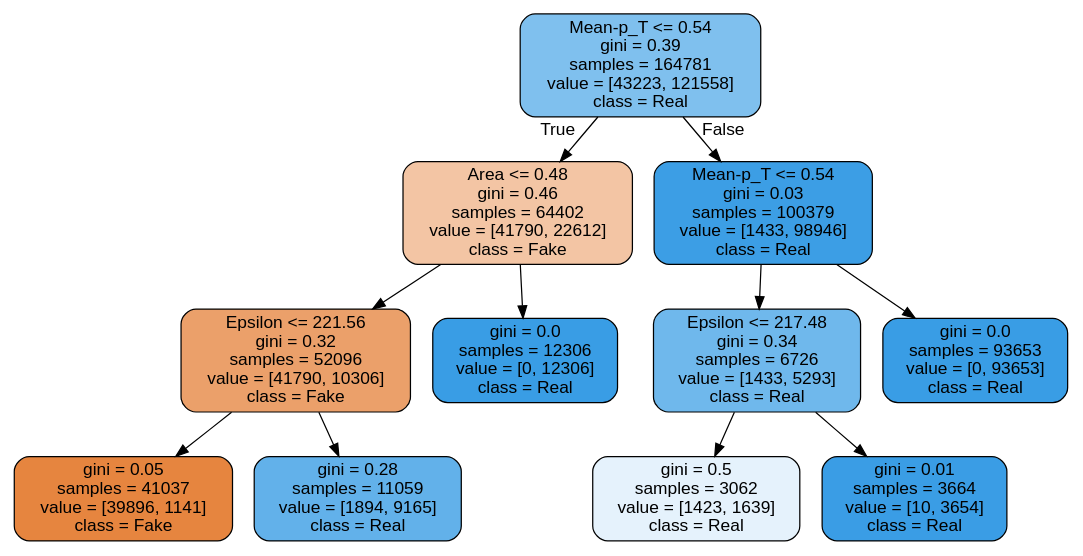
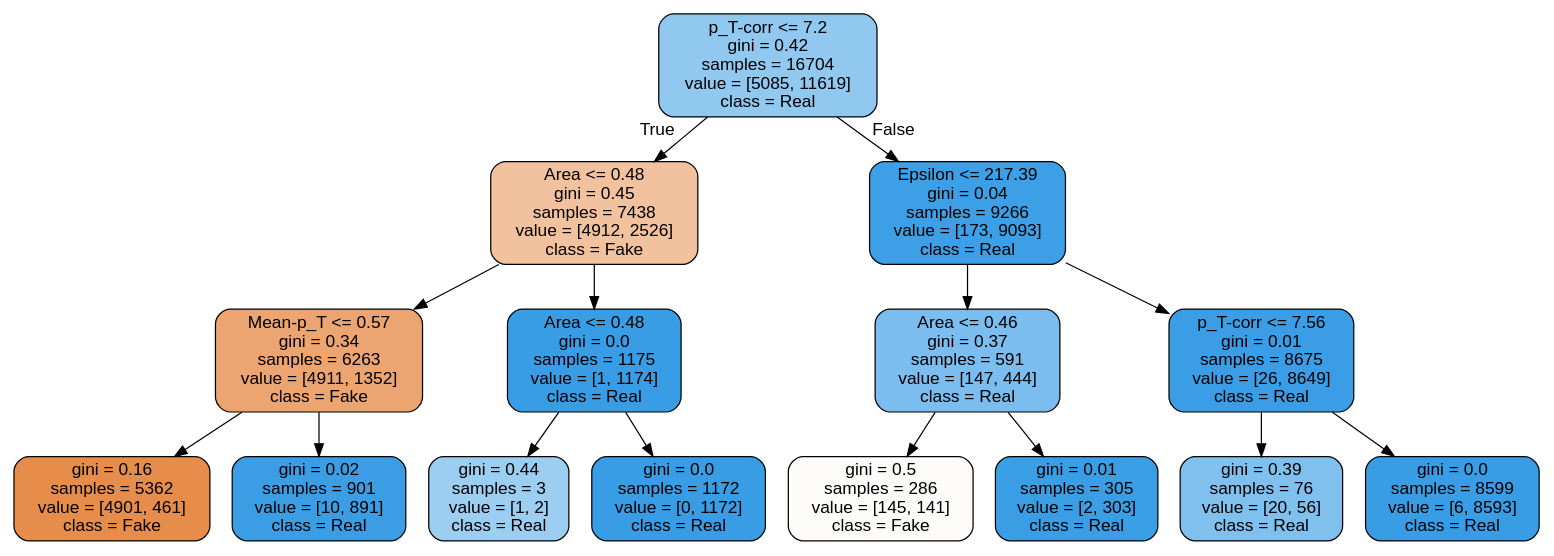
Before and after one commit to Steffanic/ML-Jet-BG-Subtraction: the diagram in Oracles/Oracle_0.4_20.dot, drawn with Graphviz. The commit also changed 222 other files, not shown here.

```diff
--- a/Oracles/Oracle_0.4_20.dot
+++ b/Oracles/Oracle_0.4_20.dot
@@ -1,25 +1,33 @@
 digraph Tree {
 node [shape=box, style="filled, rounded", color="black", fontname=helvetica] ;
 edge [fontname=helvetica] ;
-0 [label="Mean-p_T <= 0.54\ngini = 0.39\nsamples = 164781\nvalue = [43223, 121558]\nclass = Real", fillcolor="#7fc0ee"] ;
-1 [label="Area <= 0.48\ngini = 0.46\nsamples = 64402\nvalue = [41790, 22612]\nclass = Fake", fillcolor="#f3c5a4"] ;
+0 [label="p_T-corr <= 7.2\ngini = 0.42\nsamples = 16704\nvalue = [5085, 11619]\nclass = Real", fillcolor="#90c8f0"] ;
+1 [label="Area <= 0.48\ngini = 0.45\nsamples = 7438\nvalue = [4912, 2526]\nclass = Fake", fillcolor="#f2c29f"] ;
 0 -> 1 [labeldistance=2.5, labelangle=45, headlabel="True"] ;
-2 [label="Epsilon <= 221.56\ngini = 0.32\nsamples = 52096\nvalue = [41790, 10306]\nclass = Fake", fillcolor="#eba06a"] ;
+2 [label="Mean-p_T <= 0.57\ngini = 0.34\nsamples = 6263\nvalue = [4911, 1352]\nclass = Fake", fillcolor="#eca470"] ;
 1 -> 2 ;
-3 [label="gini = 0.05\nsamples = 41037\nvalue = [39896, 1141]\nclass = Fake", fillcolor="#e6853f"] ;
+3 [label="gini = 0.16\nsamples = 5362\nvalue = [4901, 461]\nclass = Fake", fillcolor="#e78d4c"] ;
 2 -> 3 ;
-4 [label="gini = 0.28\nsamples = 11059\nvalue = [1894, 9165]\nclass = Real", fillcolor="#62b1ea"] ;
+4 [label="gini = 0.02\nsamples = 901\nvalue = [10, 891]\nclass = Real", fillcolor="#3b9ee5"] ;
 2 -> 4 ;
-5 [label="gini = 0.0\nsamples = 12306\nvalue = [0, 12306]\nclass = Real", fillcolor="#399de5"] ;
+5 [label="Area <= 0.48\ngini = 0.0\nsamples = 1175\nvalue = [1, 1174]\nclass = Real", fillcolor="#399de5"] ;
 1 -> 5 ;
-6 [label="Mean-p_T <= 0.54\ngini = 0.03\nsamples = 100379\nvalue = [1433, 98946]\nclass = Real", fillcolor="#3c9ee5"] ;
-0 -> 6 [labeldistance=2.5, labelangle=-45, headlabel="False"] ;
-7 [label="Epsilon <= 217.48\ngini = 0.34\nsamples = 6726\nvalue = [1433, 5293]\nclass = Real", fillcolor="#6fb8ec"] ;
-6 -> 7 ;
-8 [label="gini = 0.5\nsamples = 3062\nvalue = [1423, 1639]\nclass = Real", fillcolor="#e5f2fc"] ;
-7 -> 8 ;
-9 [label="gini = 0.01\nsamples = 3664\nvalue = [10, 3654]\nclass = Real", fillcolor="#3a9de5"] ;
-7 -> 9 ;
-10 [label="gini = 0.0\nsamples = 93653\nvalue = [0, 93653]\nclass = Real", fillcolor="#399de5"] ;
-6 -> 10 ;
+6 [label="gini = 0.44\nsamples = 3\nvalue = [1, 2]\nclass = Real", fillcolor="#9ccef2"] ;
+5 -> 6 ;
+7 [label="gini = 0.0\nsamples = 1172\nvalue = [0, 1172]\nclass = Real", fillcolor="#399de5"] ;
+5 -> 7 ;
+8 [label="Epsilon <= 217.39\ngini = 0.04\nsamples = 9266\nvalue = [173, 9093]\nclass = Real", fillcolor="#3d9fe5"] ;
+0 -> 8 [labeldistance=2.5, labelangle=-45, headlabel="False"] ;
+9 [label="Area <= 0.46\ngini = 0.37\nsamples = 591\nvalue = [147, 444]\nclass = Real", fillcolor="#7bbdee"] ;
+8 -> 9 ;
+10 [label="gini = 0.5\nsamples = 286\nvalue = [145, 141]\nclass = Fake", fillcolor="#fefcfa"] ;
+9 -> 10 ;
+11 [label="gini = 0.01\nsamples = 305\nvalue = [2, 303]\nclass = Real", fillcolor="#3a9ee5"] ;
+9 -> 11 ;
+12 [label="p_T-corr <= 7.56\ngini = 0.01\nsamples = 8675\nvalue = [26, 8649]\nclass = Real", fillcolor="#3a9de5"] ;
+8 -> 12 ;
+13 [label="gini = 0.39\nsamples = 76\nvalue = [20, 56]\nclass = Real", fillcolor="#80c0ee"] ;
+12 -> 13 ;
+14 [label="gini = 0.0\nsamples = 8599\nvalue = [6, 8593]\nclass = Real", fillcolor="#399de5"] ;
+12 -> 14 ;
 }
```
